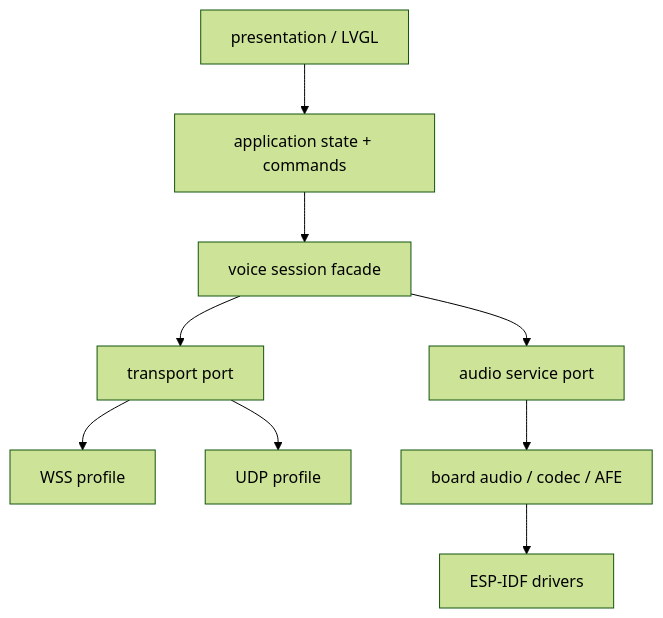
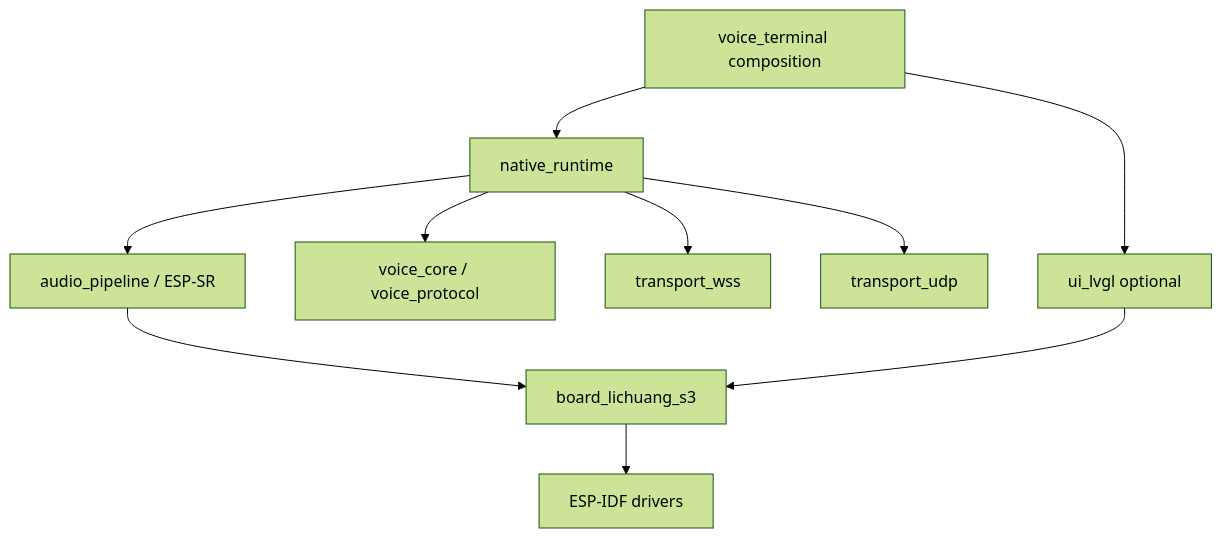
Before and after one commit to wuhuaha/realtime-voice-agent: the diagram in docs/architecture/firmware.md, drawn with Mermaid (forest theme). The commit also changed other lines of this file and 189 other files, not shown here.

````diff
--- a/docs/architecture/firmware.md
+++ b/docs/architecture/firmware.md
@@ -19,11 +14,12 @@
 ```mermaid
 flowchart TD
-    UI["presentation / LVGL"] --> APP["application state + commands"]
-    APP --> SESSION["voice session facade"]
-    SESSION --> TRANSPORT["transport port"]
-    SESSION --> AUDIO["audio service port"]
-    TRANSPORT --> WSS["WSS profile"]
-    TRANSPORT --> UDP["UDP profile"]
-    AUDIO --> BOARD["board audio / codec / AFE"]
+    APP["voice_terminal composition"] --> UI["ui_lvgl optional"]
+    APP --> RUNTIME["native_runtime"]
+    RUNTIME --> SESSION["voice_core / voice_protocol"]
+    RUNTIME --> WSS["transport_wss"]
+    RUNTIME --> UDP["transport_udp"]
+    RUNTIME --> AUDIO["audio_pipeline / ESP-SR"]
+    AUDIO --> BOARD["board_lichuang_s3"]
+    UI --> BOARD
     BOARD --> IDF["ESP-IDF drivers"]
 ```
````
